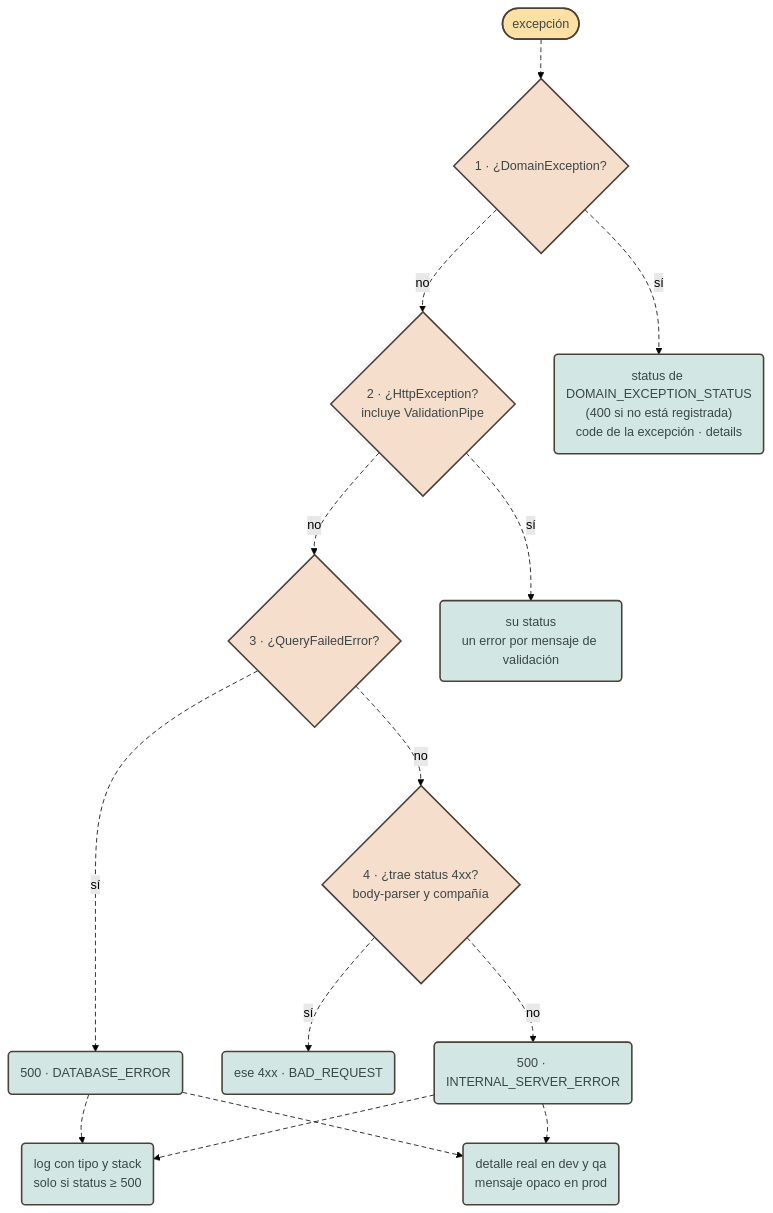
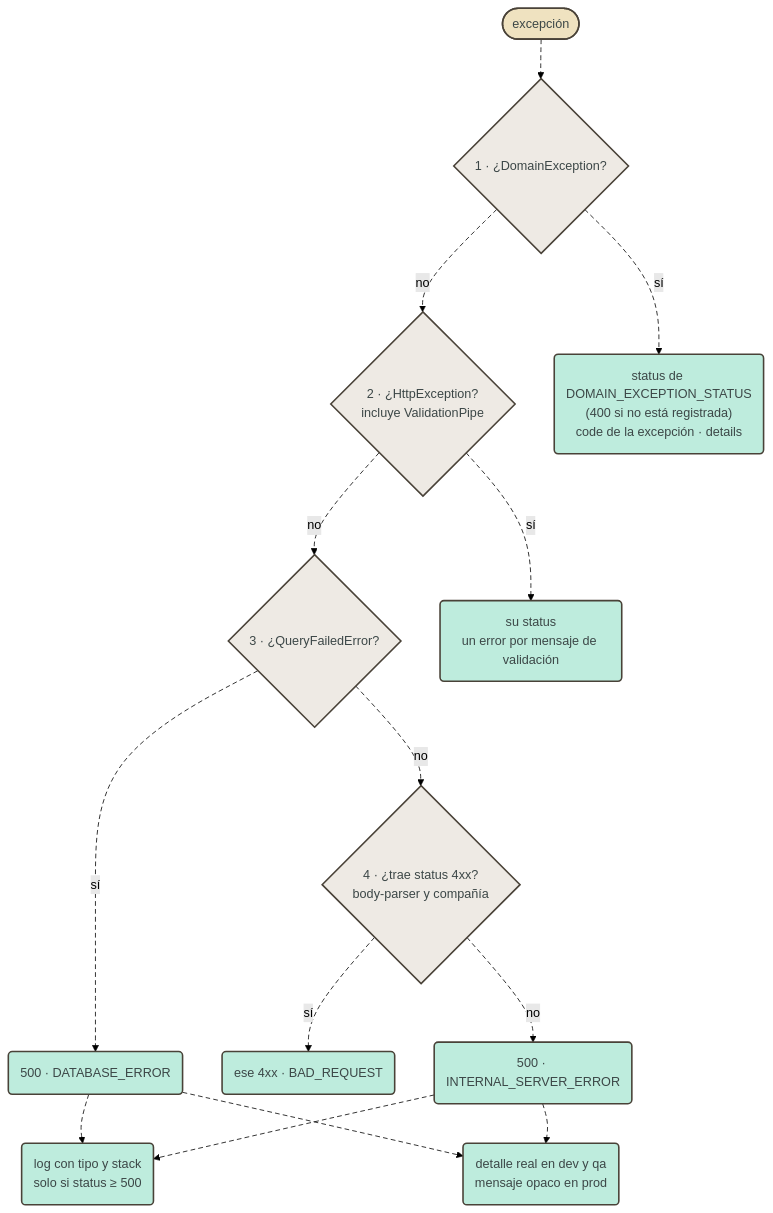
Diagram 12 of 19 in docs/architecture.md (pcarroza91/nest-template), drawn with Mermaid (forest theme) before and after one commit. The commit also changed other lines of this file and 2 other files, not shown here.

First line of the commit message:
docs(architecture): colores por capa y componente en los diagramas Mermaid

````diff
--- a/docs/architecture.md
+++ b/docs/architecture.md
@@ -502,35 +532,35 @@
 ```mermaid
 flowchart TB
     E(["excepción"])
     Q1{"1 · ¿DomainException?"}
     Q2{"2 · ¿HttpException?<br/>incluye ValidationPipe"}
     Q3{"3 · ¿QueryFailedError?"}
     Q4{"4 · ¿trae status 4xx?<br/>body-parser y compañía"}
     R1("status de DOMAIN_EXCEPTION_STATUS<br/>(400 si no está registrada)<br/>code de la excepción · details")
     R2("su status<br/>un error por mensaje de validación")
     R3("500 · DATABASE_ERROR")
     R4("ese 4xx · BAD_REQUEST")
     R5("500 · INTERNAL_SERVER_ERROR")
     LOG("log con tipo y stack<br/>solo si status ≥ 500")
     OPQ("detalle real en dev y qa<br/>mensaje opaco en prod")
 
     E --> Q1
     Q1 -- "sí" --> R1
     Q1 -- "no" --> Q2
     Q2 -- "sí" --> R2
     Q2 -- "no" --> Q3
     Q3 -- "sí" --> R3
     Q3 -- "no" --> Q4
     Q4 -- "sí" --> R4
     Q4 -- "no" --> R5
     R3 & R5 --> LOG
     R3 & R5 -.-> OPQ
 
-    classDef domain fill:#fde0a3,stroke:#494238,stroke-width:2px,color:#3c4747
-    classDef shared fill:#d2e7e4,stroke:#494238,stroke-width:2px,color:#3c4747
-    class E domain
-    class R1,R2,R3,R4,R5,LOG,OPQ shared
-    classDef decision fill:#f6decc,stroke:#494238,stroke-width:2px,color:#3c4747
+    classDef modules fill:#efe2c0,stroke:#494238,stroke-width:2px,color:#3c4747
+    classDef common fill:#beecdd,stroke:#494238,stroke-width:2px,color:#3c4747
+    classDef decision fill:#eeeae4,stroke:#494238,stroke-width:2px,color:#3c4747
+    class E modules
+    class R1,R2,R3,R4,R5,LOG,OPQ common
     class Q1,Q2,Q3,Q4 decision
     linkStyle default stroke-dasharray:6 4
 ```
````
